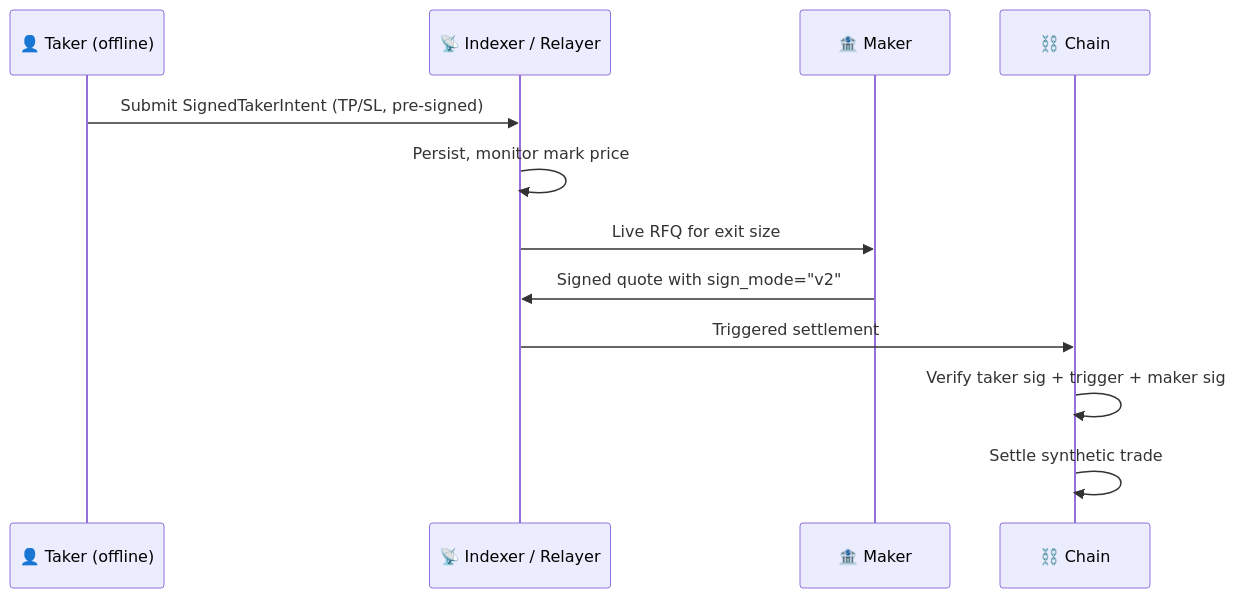
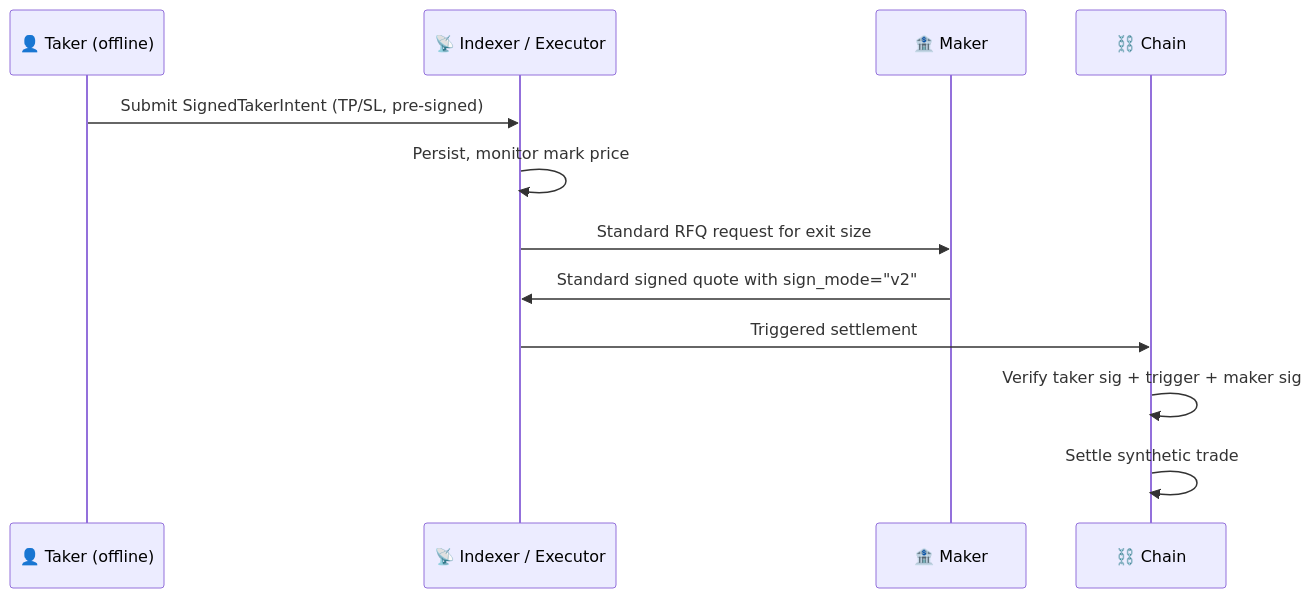
One commit to TrueCurrent/truecurrent-docs changed the second of 2 diagrams in mintlify/market-makers/integration/protocol-reference.md. Above: the diagram before and after it, drawn with Mermaid. The commit also changed 32 other files, not shown here.

Commit message:
docs: clarify TP/SL maker flow

````diff
--- a/mintlify/market-makers/integration/protocol-reference.md
+++ b/mintlify/market-makers/integration/protocol-reference.md
@@ -49,17 +49,17 @@
 ```mermaid
 sequenceDiagram
     participant Taker as 👤 Taker (offline)
-    participant IDX as 📡 Indexer / Relayer
+    participant IDX as 📡 Indexer / Executor
     participant MM as 🏦 Maker
     participant Chain as ⛓️ Chain
 
     Taker->>IDX: Submit SignedTakerIntent (TP/SL, pre-signed)
     IDX->>IDX: Persist, monitor mark price
 
-    IDX->>MM: Live RFQ for exit size
-    MM->>IDX: Signed quote with sign_mode="v2"
+    IDX->>MM: Standard RFQ request for exit size
+    MM->>IDX: Standard signed quote with sign_mode="v2"
 
     IDX->>Chain: Triggered settlement
     Chain->>Chain: Verify taker sig + trigger + maker sig
     Chain->>Chain: Settle synthetic trade
 ```
````
